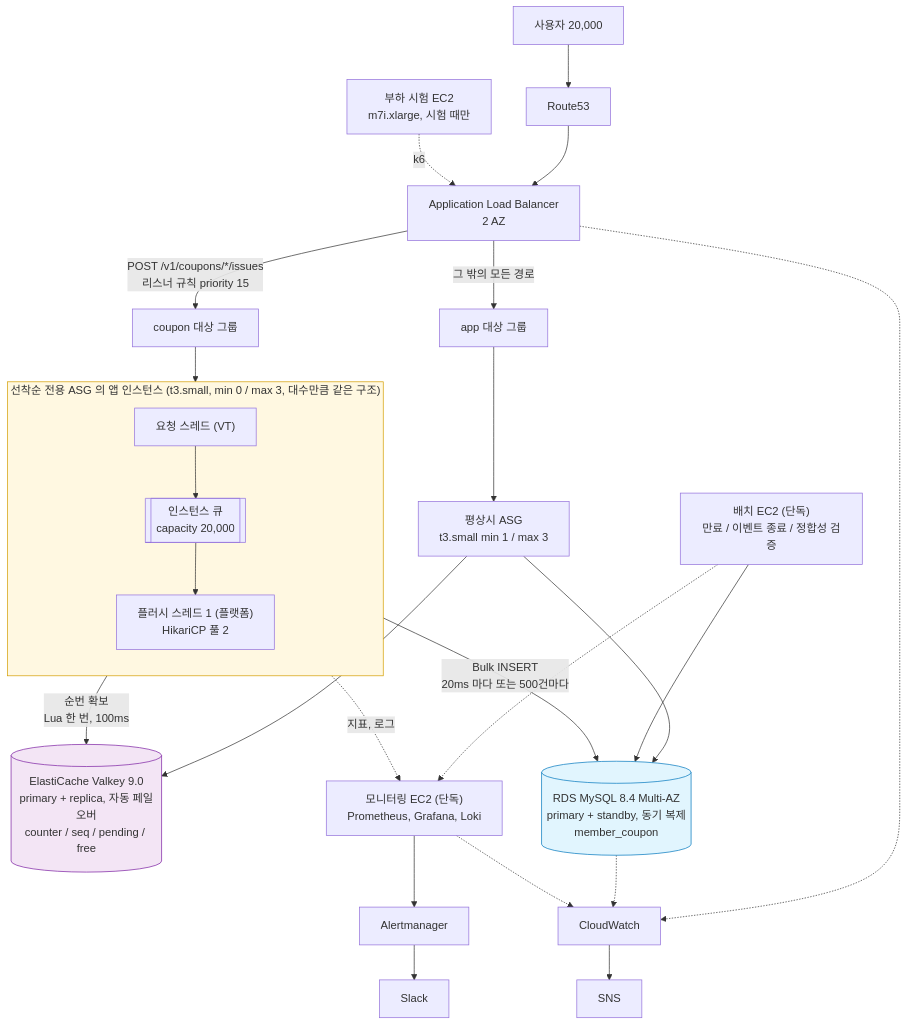
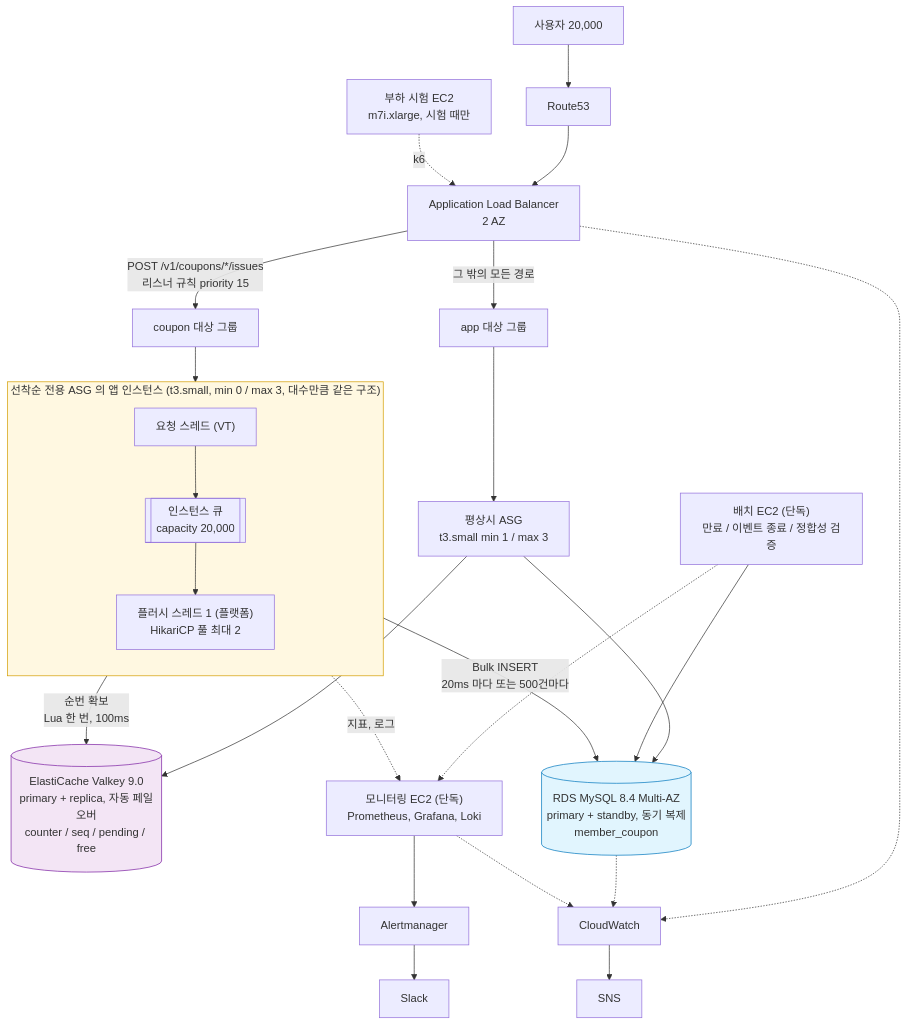
Before and after one commit to fresh-market/fm-backend: the first of 2 diagrams in README.md, drawn with Mermaid. The commit also changed other lines of this file, not shown here.

````diff
--- a/README.md
+++ b/README.md
@@ -253,38 +253,38 @@
 ```mermaid
 flowchart TB
     U["사용자 20,000"] --> R53["Route53"]
     R53 --> ALB["Application Load Balancer<br/>2 AZ"]
 
     ALB -->|"POST /v1/coupons/*/issues<br/>리스너 규칙 priority 15"| TGC["coupon 대상 그룹"]
     ALB -->|"그 밖의 모든 경로"| TGA["app 대상 그룹"]
     TGA --> ASGA["평상시 ASG<br/>t3.small  min 1 / max 3"]
 
     subgraph COUPON["선착순 전용 ASG 의 앱 인스턴스 (t3.small, min 0 / max 3, 대수만큼 같은 구조)"]
         direction TB
         VT["요청 스레드 (VT)"] --> Q1[["인스턴스 큐<br/>capacity 20,000"]]
-        Q1 --> F1["플러시 스레드 1 (플랫폼)<br/>HikariCP 풀 2"]
+        Q1 --> F1["플러시 스레드 1 (플랫폼)<br/>HikariCP 풀 최대 2"]
     end
     TGC --> VT
 
     CACHE[("ElastiCache Valkey 9.0<br/>primary + replica, 자동 페일오버<br/>counter / seq / pending / free")]
     RDS[("RDS MySQL 8.4 Multi-AZ<br/>primary + standby, 동기 복제<br/>member_coupon")]
 
     VT -->|"순번 확보<br/>Lua 한 번, 100ms"| CACHE
     F1 -->|"Bulk INSERT<br/>20ms 마다 또는 500건마다"| RDS
     ASGA --> RDS
     ASGA --> CACHE
 
     BATCH["배치 EC2 (단독)<br/>만료 / 이벤트 종료 / 정합성 검증"] --> RDS
     MON["모니터링 EC2 (단독)<br/>Prometheus, Grafana, Loki"]
     LT["부하 시험 EC2<br/>m7i.xlarge, 시험 때만"] -.->|"k6"| ALB
 
     COUPON -.->|"지표, 로그"| MON
     BATCH -.-> MON
     MON --> AM["Alertmanager"] --> SLACK["Slack"]
     ALB & RDS & MON -.-> CW["CloudWatch"]
     CW --> SNS["SNS"]
 
     style COUPON fill:#fff8e1,stroke:#d39e00
     style CACHE fill:#f3e5f5,stroke:#7b1fa2
     style RDS fill:#e1f5fe,stroke:#0277bd
 ```
````
